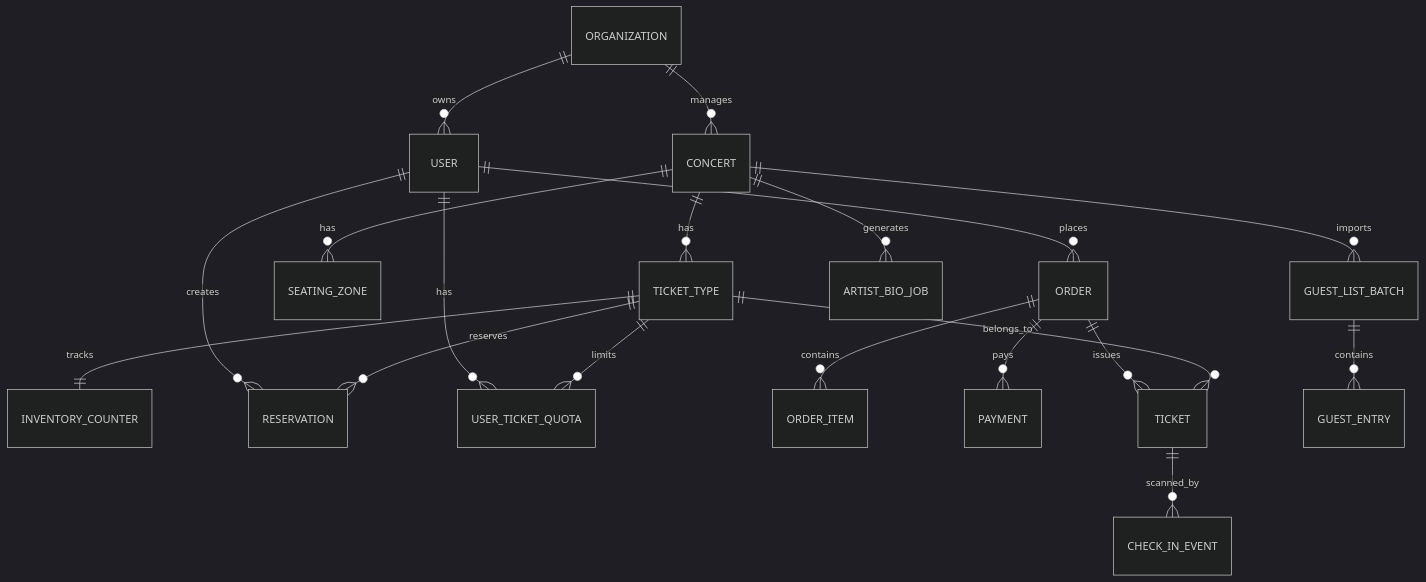
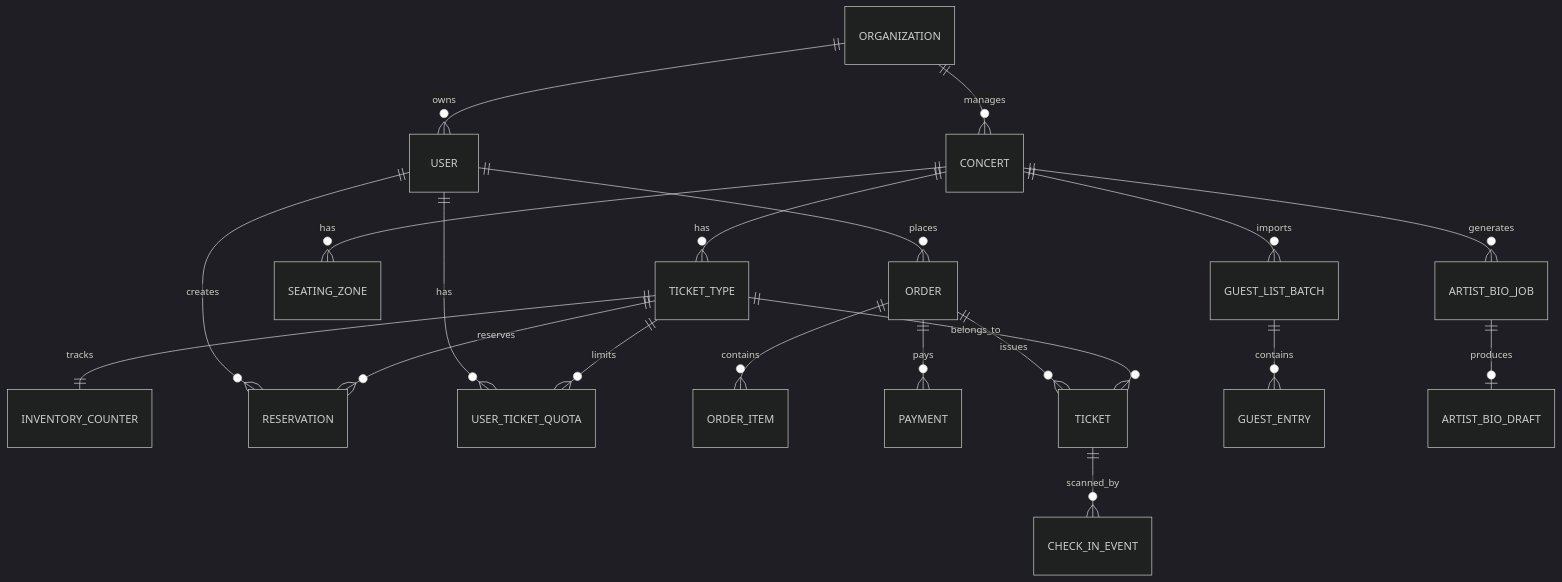
One commit to Toanapr/ticket-box changed the diagram in blueprint/04-database-design.md. Above: the diagram before and after it, drawn with Mermaid (dark theme). The commit also changed other lines of this file and 22 other files, not shown here.

Commit message:
feat(issue3): implement AI artist bio backend pipeline

````diff
--- a/blueprint/04-database-design.md
+++ b/blueprint/04-database-design.md
@@ -22,21 +22,22 @@
 ```mermaid
 erDiagram
     ORGANIZATION ||--o{ USER : owns
     ORGANIZATION ||--o{ CONCERT : manages
     CONCERT ||--o{ TICKET_TYPE : has
     CONCERT ||--o{ SEATING_ZONE : has
     TICKET_TYPE ||--|| INVENTORY_COUNTER : tracks
     USER ||--o{ RESERVATION : creates
     TICKET_TYPE ||--o{ RESERVATION : reserves
     USER ||--o{ USER_TICKET_QUOTA : has
     TICKET_TYPE ||--o{ USER_TICKET_QUOTA : limits
     USER ||--o{ ORDER : places
     ORDER ||--o{ ORDER_ITEM : contains
     ORDER ||--o{ PAYMENT : pays
     ORDER ||--o{ TICKET : issues
     TICKET_TYPE ||--o{ TICKET : belongs_to
     TICKET ||--o{ CHECK_IN_EVENT : scanned_by
     CONCERT ||--o{ GUEST_LIST_BATCH : imports
     GUEST_LIST_BATCH ||--o{ GUEST_ENTRY : contains
     CONCERT ||--o{ ARTIST_BIO_JOB : generates
+    ARTIST_BIO_JOB ||--o| ARTIST_BIO_DRAFT : produces
 ```
````
